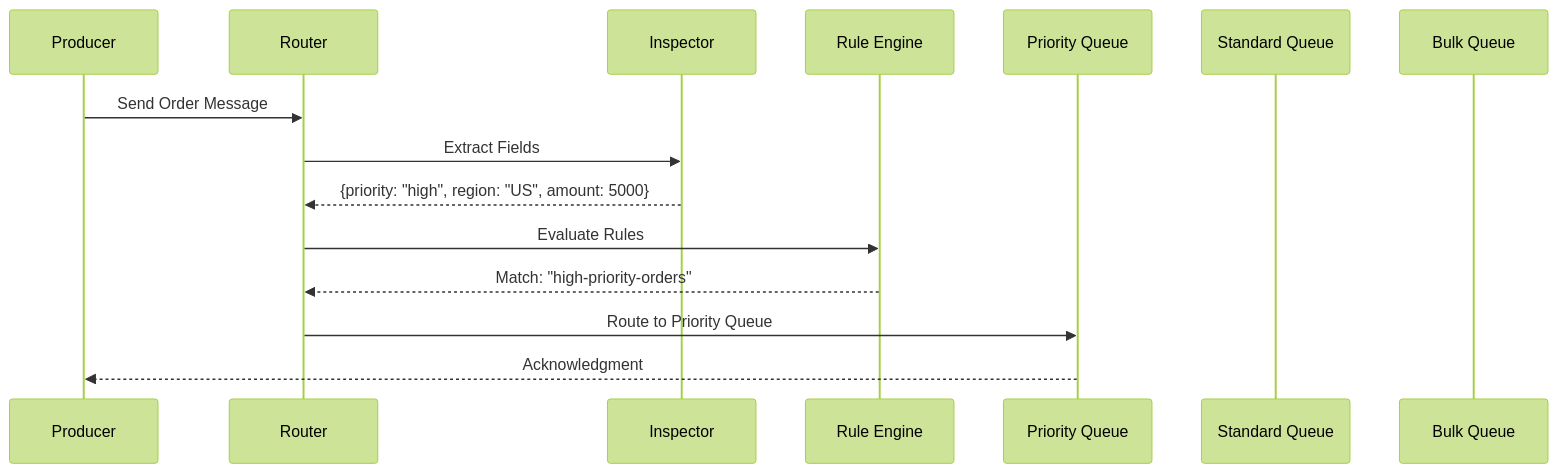
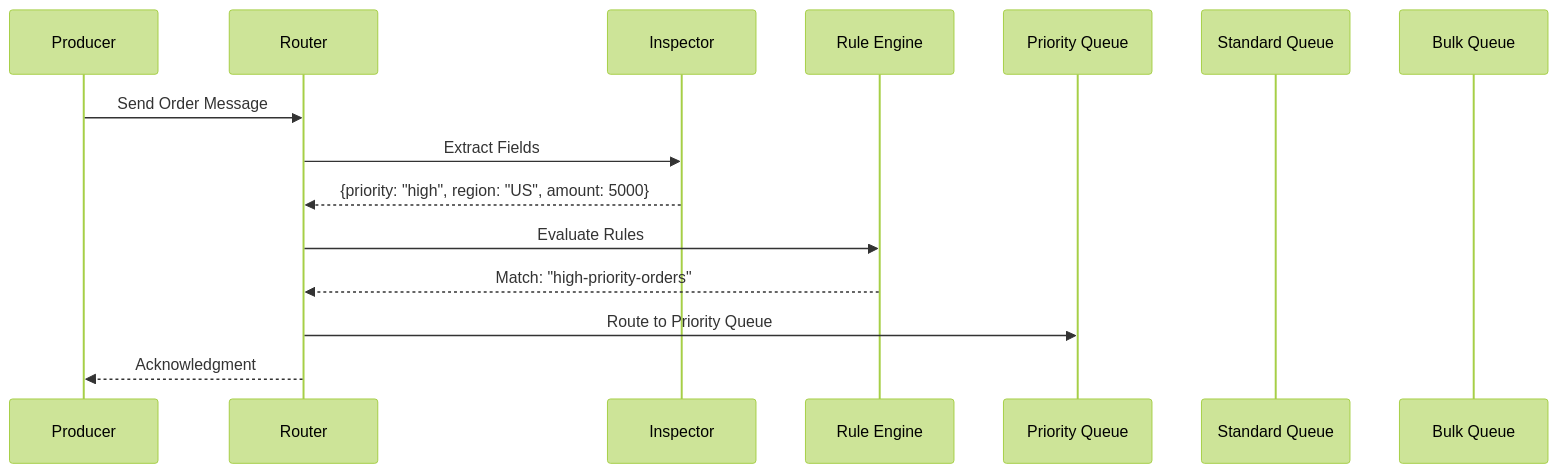
Before and after one commit to OneUptime/blog: the second of 5 diagrams in posts/2026-01-30-content-based-router/README.md, drawn with Mermaid (forest theme). The commit also changed other lines of this file and 2 other files, not shown here.

````diff
--- a/posts/2026-01-30-content-based-router/README.md
+++ b/posts/2026-01-30-content-based-router/README.md
@@ -142,18 +142,18 @@
 ```mermaid
 sequenceDiagram
     participant P as Producer
     participant R as Router
     participant I as Inspector
     participant RE as Rule Engine
     participant Q1 as Priority Queue
     participant Q2 as Standard Queue
     participant Q3 as Bulk Queue
 
     P->>R: Send Order Message
     R->>I: Extract Fields
     I-->>R: {priority: "high", region: "US", amount: 5000}
     R->>RE: Evaluate Rules
     RE-->>R: Match: "high-priority-orders"
     R->>Q1: Route to Priority Queue
-    Q1-->>P: Acknowledgment
+    R-->>P: Acknowledgment
 ```
````
